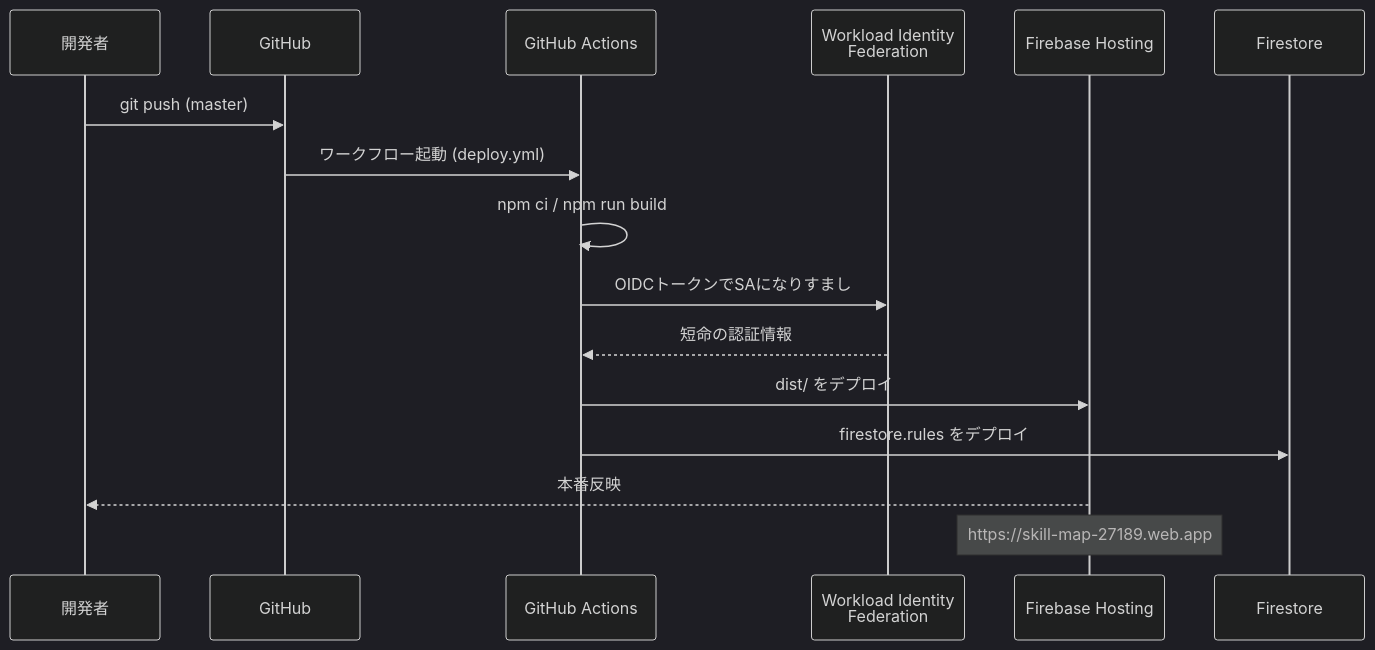
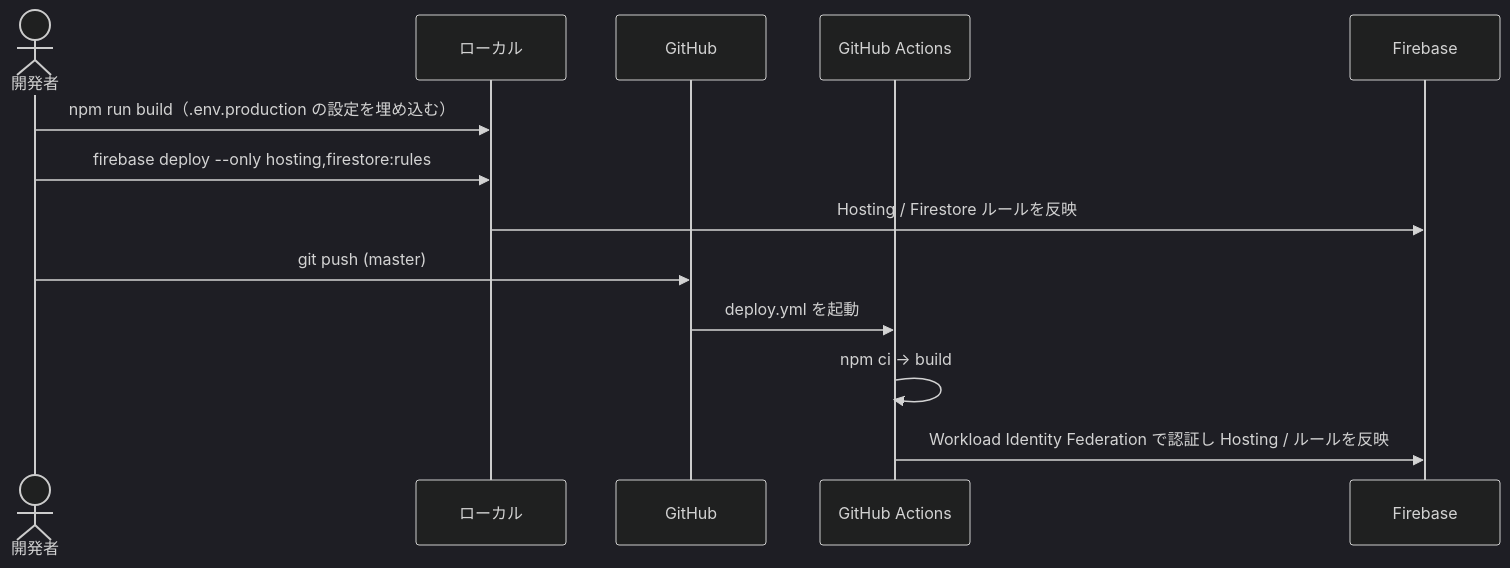
The second of 2 diagrams in README.md (nishidaseibaku/skillmap), drawn with Mermaid (dark theme) before and after one commit. The commit also changed other lines of this file and 60 other files, not shown here.

````diff
--- a/README.md
+++ b/README.md
@@ -107,20 +74,16 @@
 ```mermaid
 sequenceDiagram
-    participant Dev as 開発者
-    participant GitHub as GitHub
-    participant Actions as GitHub Actions
-    participant WIF as Workload Identity<br/>Federation
-    participant Hosting as Firebase Hosting
-    participant Firestore as Firestore
+    actor Dev as 開発者
+    participant Local as ローカル
+    participant GH as GitHub
+    participant GA as GitHub Actions
+    participant FB as Firebase
 
-    Dev->>GitHub: git push (master)
-    GitHub->>Actions: ワークフロー起動 (deploy.yml)
-    Actions->>Actions: npm ci / npm run build
-    Actions->>WIF: OIDCトークンでSAになりすまし
-    WIF-->>Actions: 短命の認証情報
-    Actions->>Hosting: dist/ をデプロイ
-    Actions->>Firestore: firestore.rules をデプロイ
-    Hosting-->>Dev: 本番反映
-
-    Note over Hosting: https://skill-map-27189.web.app
+    Dev->>Local: npm run build（.env.production の設定を埋め込む）
+    Dev->>Local: firebase deploy --only hosting,firestore:rules
+    Local->>FB: Hosting / Firestore ルールを反映
+    Dev->>GH: git push (master)
+    GH->>GA: deploy.yml を起動
+    GA->>GA: npm ci → build
+    GA->>FB: Workload Identity Federation で認証し Hosting / ルールを反映
 ```
````
